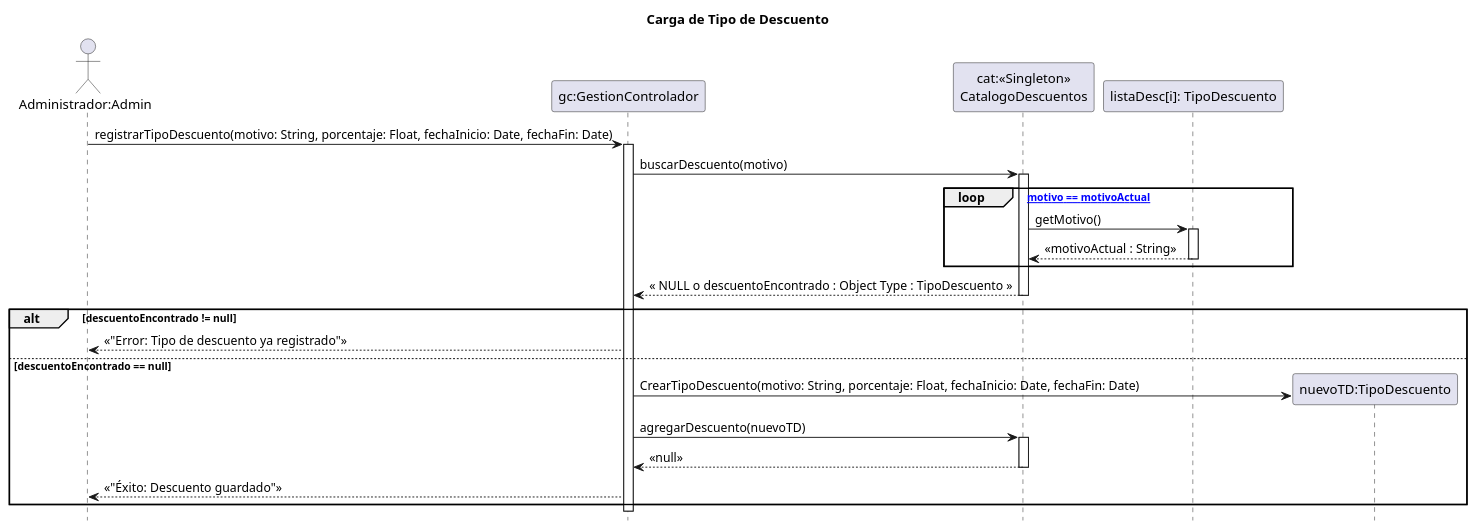
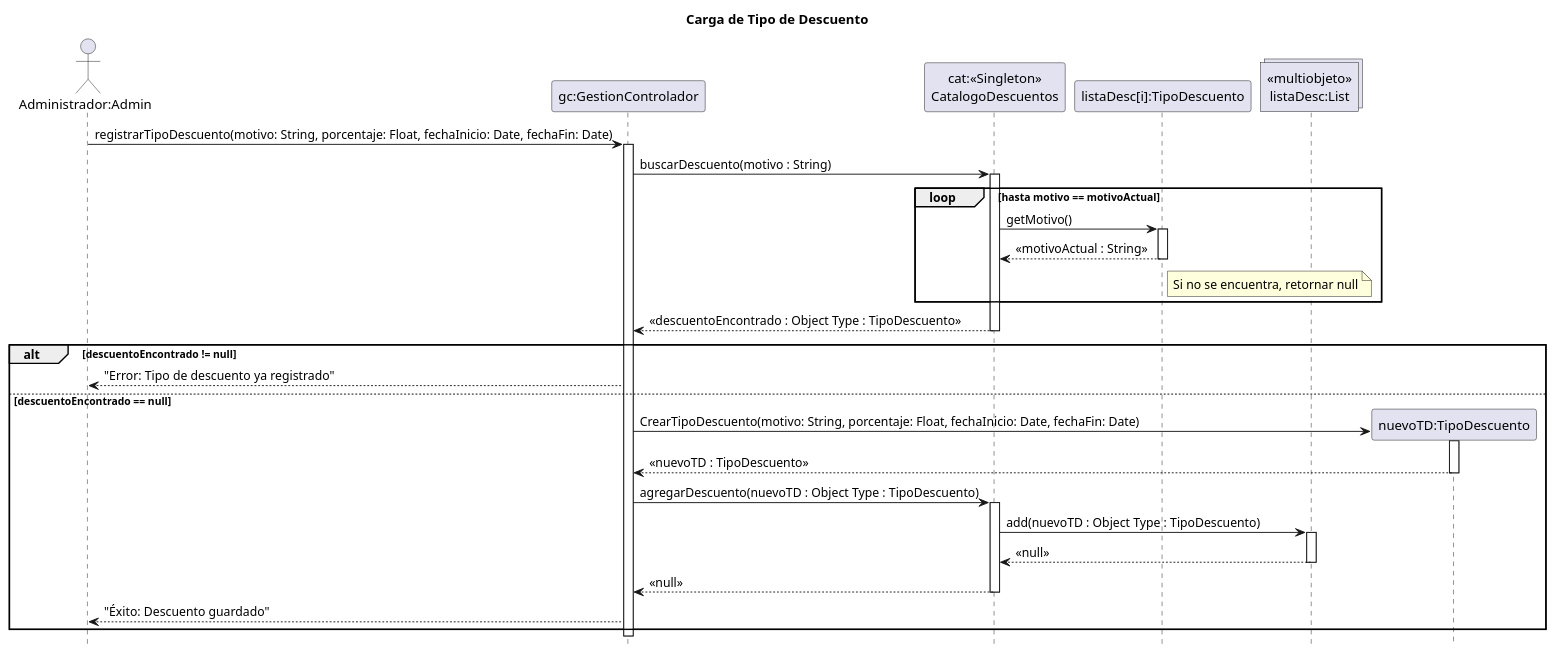
The diagram in 08 - Diagramas de Secuencia de Diseño/CargaTipoDescuento/CargaTipoDescuento.wsd (zEzequR/PF-I), drawn with PlantUML before and after one commit. The commit also changed 17 other files, not shown here.

```diff
--- a/08 - Diagramas de Secuencia de Diseño/CargaTipoDescuento/CargaTipoDescuento.wsd
+++ b/08 - Diagramas de Secuencia de Diseño/CargaTipoDescuento/CargaTipoDescuento.wsd
@@ -1,46 +1,58 @@
 @startuml
 title Carga de Tipo de Descuento
 hide footbox
 
 actor "Administrador:Admin" as admin
 participant "gc:GestionControlador" as ctrl
 participant "cat:<<Singleton>>\nCatalogoDescuentos" as cat
-participant "listaDesc[i]: TipoDescuento" as listDesc
-participant "nuevoTD:TipoDescuento" as td
+participant "listaDesc[i]:TipoDescuento" as listDesc
+collections "<<multiobjeto>>\nlistaDesc:List" as lista_desc
 
 admin -> ctrl : registrarTipoDescuento(motivo: String, porcentaje: Float, fechaInicio: Date, fechaFin: Date)
 activate ctrl
 
-ctrl -> cat : buscarDescuento(motivo)
+ctrl -> cat : buscarDescuento(motivo : String)
 activate cat
 
-loop [hasta motivo == motivoActual]
+loop hasta motivo == motivoActual
     cat -> listDesc : getMotivo()
     activate listDesc
-    listDesc --> cat : << motivoActual : String >>
+    listDesc --> cat : <<motivoActual : String>>
+    
+    note right of listDesc : Si no se encuentra, retornar null
+    
     deactivate listDesc
 end
 
-cat --> ctrl : « NULL o descuentoEncontrado : Object Type : TipoDescuento »
+cat --> ctrl : <<descuentoEncontrado : Object Type : TipoDescuento>>
 deactivate cat
 
 alt descuentoEncontrado != null
     
-    ctrl --> admin : «"Error: Tipo de descuento ya registrado"»
+    ctrl --> admin : "Error: Tipo de descuento ya registrado"
 
 else descuentoEncontrado == null
     
-    create td
+    create participant "nuevoTD:TipoDescuento" as td
     ctrl -> td : CrearTipoDescuento(motivo: String, porcentaje: Float, fechaInicio: Date, fechaFin: Date)
+    activate td
+    td --> ctrl : <<nuevoTD : TipoDescuento>>
+    deactivate td
     
-    ctrl -> cat : agregarDescuento(nuevoTD)
+    ctrl -> cat : agregarDescuento(nuevoTD : Object Type : TipoDescuento)
     activate cat
-    cat --> ctrl : «null»
+    
+    cat -> lista_desc : add(nuevoTD : Object Type : TipoDescuento)
+    activate lista_desc
+    lista_desc --> cat : <<null>>
+    deactivate lista_desc
+    
+    cat --> ctrl : <<null>>
     deactivate cat
     
-    ctrl --> admin : «"Éxito: Descuento guardado"»
+    ctrl --> admin : "Éxito: Descuento guardado"
 
 end
 
 deactivate ctrl
 @enduml
```
